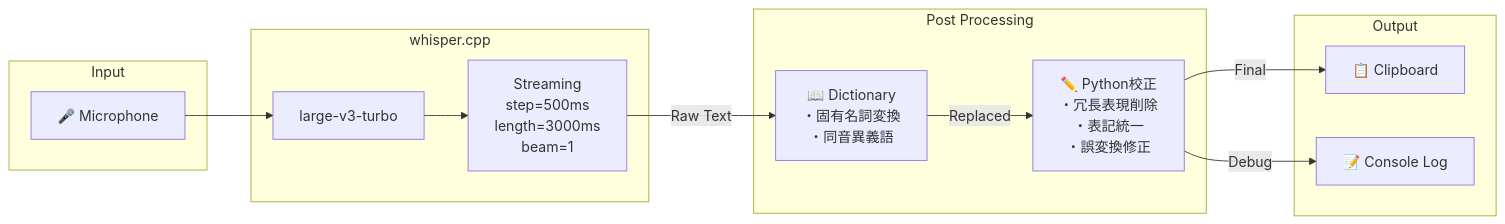
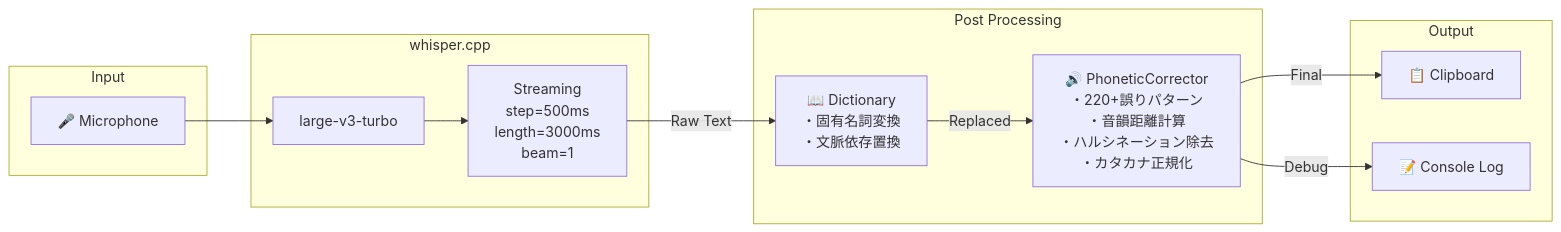
Before and after one commit to tubone24/whisper-cpp-test: the fourth of 4 diagrams in README.md, drawn with Mermaid. The commit also changed other lines of this file, not shown here.

````diff
--- a/README.md
+++ b/README.md
@@ -295,28 +296,28 @@
 ```mermaid
 flowchart LR
     subgraph Input
         MIC[🎤 Microphone]
     end
 
     subgraph "whisper.cpp"
         MODEL[large-v3-turbo]
         STREAM[Streaming<br/>step=500ms<br/>length=3000ms<br/>beam=1]
     end
 
     subgraph "Post Processing"
-        DICT[📖 Dictionary<br/>・固有名詞変換<br/>・同音異義語]
-        PROOF[✏️ Python校正<br/>・冗長表現削除<br/>・表記統一<br/>・誤変換修正]
+        DICT[📖 Dictionary<br/>・固有名詞変換<br/>・文脈依存置換]
+        PHONETIC[🔊 PhoneticCorrector<br/>・220+誤りパターン<br/>・音韻距離計算<br/>・ハルシネーション除去<br/>・カタカナ正規化]
     end
 
     subgraph Output
         CLIP[📋 Clipboard]
         LOG[📝 Console Log]
     end
 
     MIC --> MODEL
     MODEL --> STREAM
     STREAM --> |Raw Text| DICT
-    DICT --> |Replaced| PROOF
-    PROOF --> |Final| CLIP
-    PROOF --> |Debug| LOG
+    DICT --> |Replaced| PHONETIC
+    PHONETIC --> |Final| CLIP
+    PHONETIC --> |Debug| LOG
 ```
````
